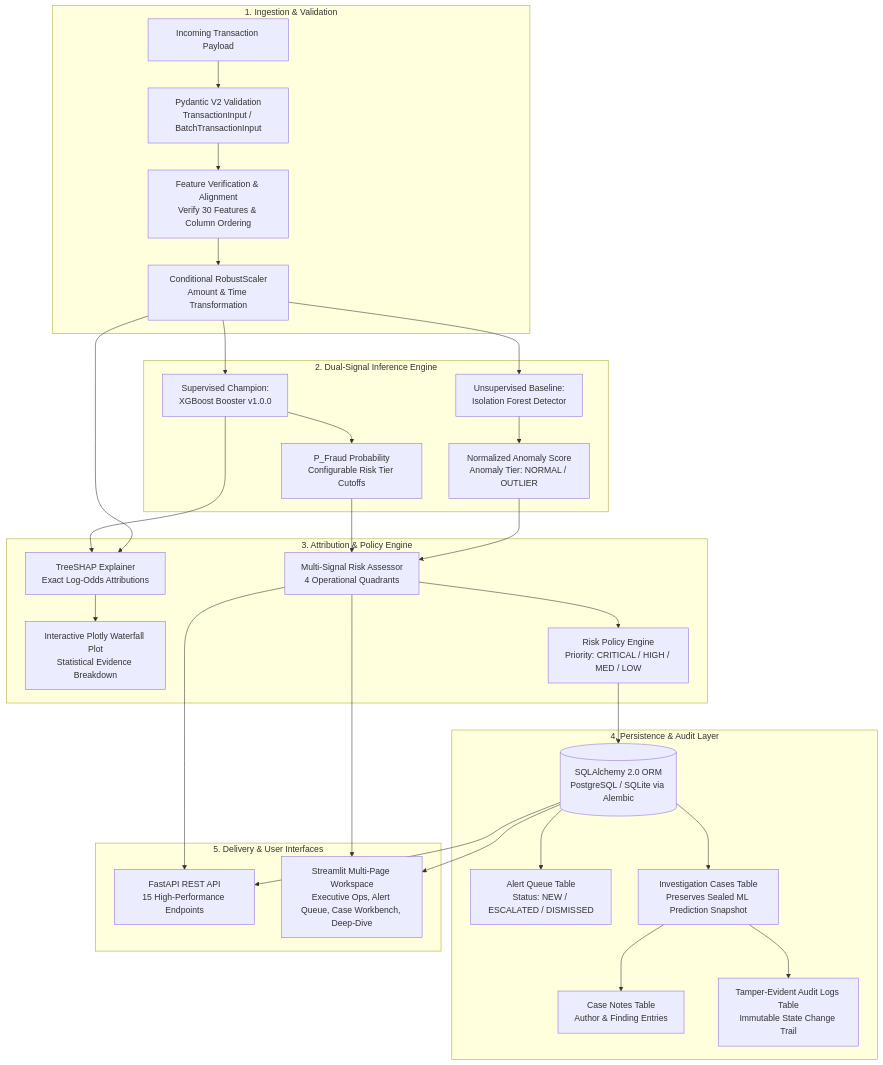
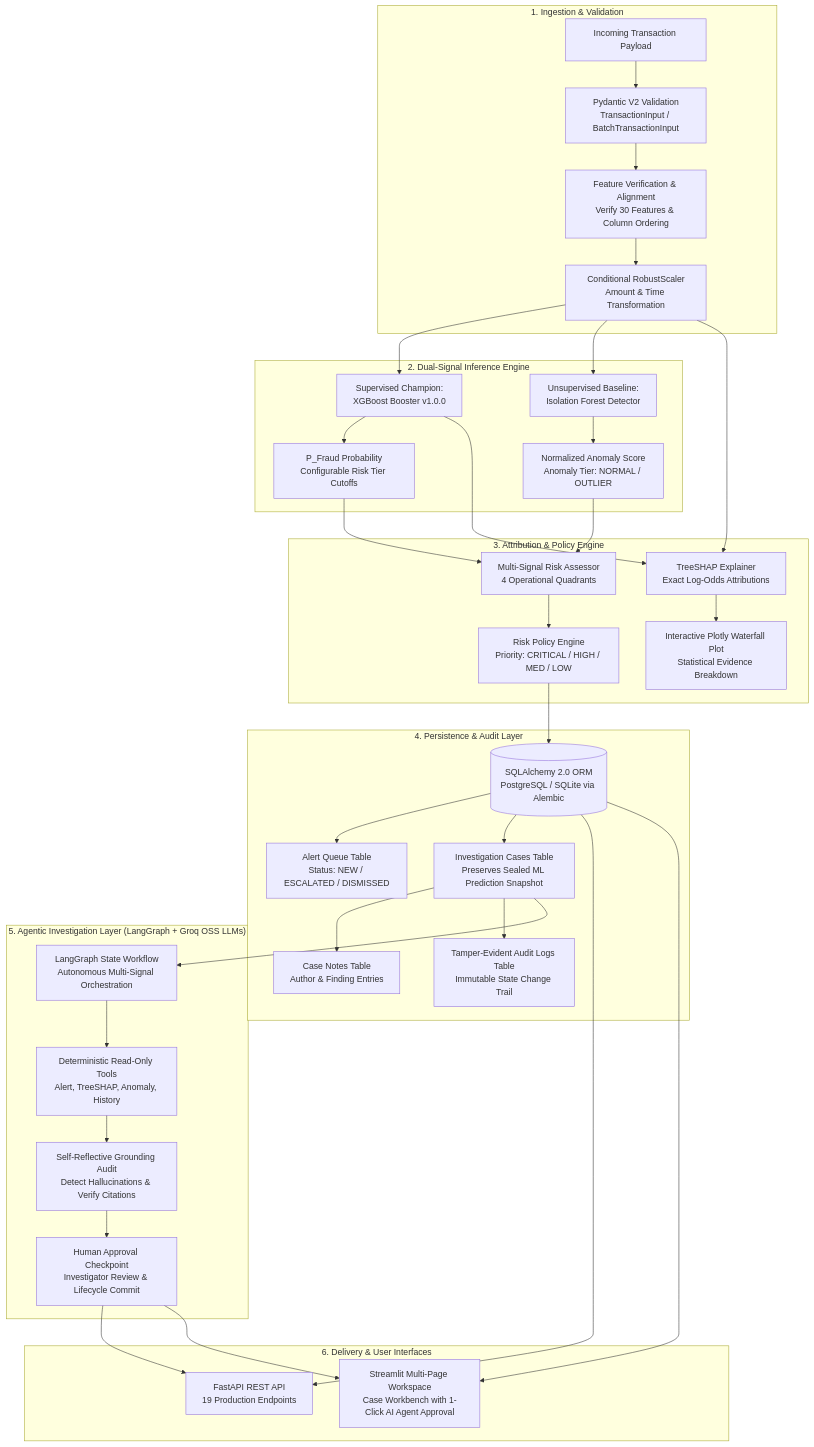
The first of 3 diagrams in README.md (SohamMistry01/Anti-Fraudster-Engine), drawn with Mermaid before and after one commit. The commit also changed other lines of this file and 14 other files, not shown here.

Commit message:
Added AI Layer: Investigation Agent

````diff
--- a/README.md
+++ b/README.md
@@ -39,35 +42,42 @@
 ```mermaid
 flowchart TD
     subgraph INGESTION["1. Ingestion & Validation"]
         A[Incoming Transaction Payload] --> B[Pydantic V2 Validation<br/>TransactionInput / BatchTransactionInput]
         B --> C[Feature Verification & Alignment<br/>Verify 30 Features & Column Ordering]
         C --> D[Conditional RobustScaler<br/>Amount & Time Transformation]
     end
 
     subgraph INFERENCE["2. Dual-Signal Inference Engine"]
         D --> E1[Supervised Champion:<br/>XGBoost Booster v1.0.0]
         D --> E2[Unsupervised Baseline:<br/>Isolation Forest Detector]
         E1 --> F1[P_Fraud Probability<br/>Configurable Risk Tier Cutoffs]
         E2 --> F2[Normalized Anomaly Score<br/>Anomaly Tier: NORMAL / OUTLIER]
     end
 
     subgraph EXPLAINABILITY["3. Attribution & Policy Engine"]
         E1 & D --> G1[TreeSHAP Explainer<br/>Exact Log-Odds Attributions]
         G1 --> G2[Interactive Plotly Waterfall Plot<br/>Statistical Evidence Breakdown]
         F1 & F2 --> H[Multi-Signal Risk Assessor<br/>4 Operational Quadrants]
         H --> I[Risk Policy Engine<br/>Priority: CRITICAL / HIGH / MED / LOW]
     end
 
     subgraph PERSISTENCE["4. Persistence & Audit Layer"]
         I --> J[(SQLAlchemy 2.0 ORM<br/>PostgreSQL / SQLite via Alembic)]
         J --> K1[Alert Queue Table<br/>Status: NEW / ESCALATED / DISMISSED]
         J --> K2[Investigation Cases Table<br/>Preserves Sealed ML Prediction Snapshot]
         K2 --> K3[Case Notes Table<br/>Author & Finding Entries]
         K2 --> K4[Tamper-Evident Audit Logs Table<br/>Immutable State Change Trail]
     end
 
-    subgraph PRESENTATION["5. Delivery & User Interfaces"]
-        J & H --> L[FastAPI REST API<br/>15 High-Performance Endpoints]
-        J & H --> M[Streamlit Multi-Page Workspace<br/>Executive Ops, Alert Queue, Case Workbench, Deep-Dive]
+    subgraph AGENTS["5. Agentic Investigation Layer (LangGraph + Groq OSS LLMs)"]
+        K2 --> L1[LangGraph State Workflow<br/>Autonomous Multi-Signal Orchestration]
+        L1 --> L2[Deterministic Read-Only Tools<br/>Alert, TreeSHAP, Anomaly, History]
+        L2 --> L3[Self-Reflective Grounding Audit<br/>Detect Hallucinations & Verify Citations]
+        L3 --> L4[Human Approval Checkpoint<br/>Investigator Review & Lifecycle Commit]
+    end
+
+    subgraph PRESENTATION["6. Delivery & User Interfaces"]
+        J & L4 --> M[FastAPI REST API<br/>19 Production Endpoints]
+        J & L4 --> N[Streamlit Multi-Page Workspace<br/>Case Workbench with 1-Click AI Agent Approval]
     end
 ```
````
